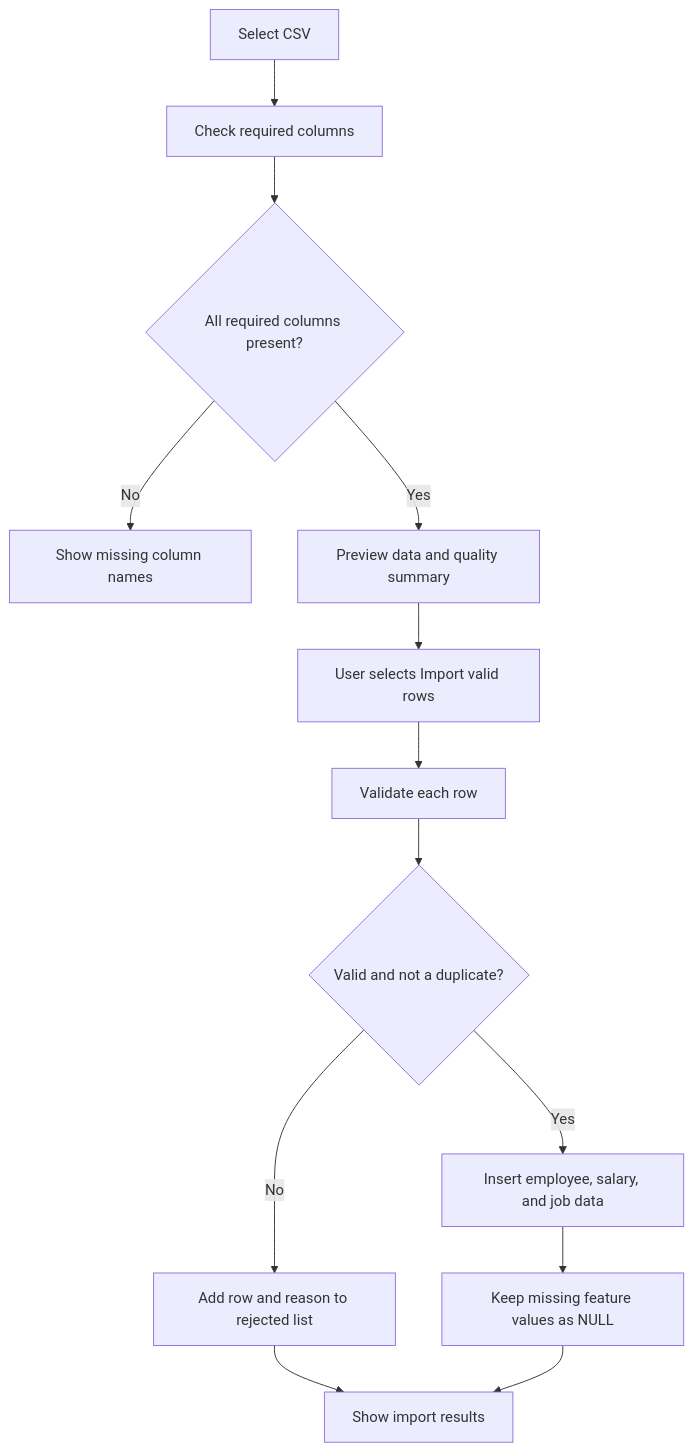
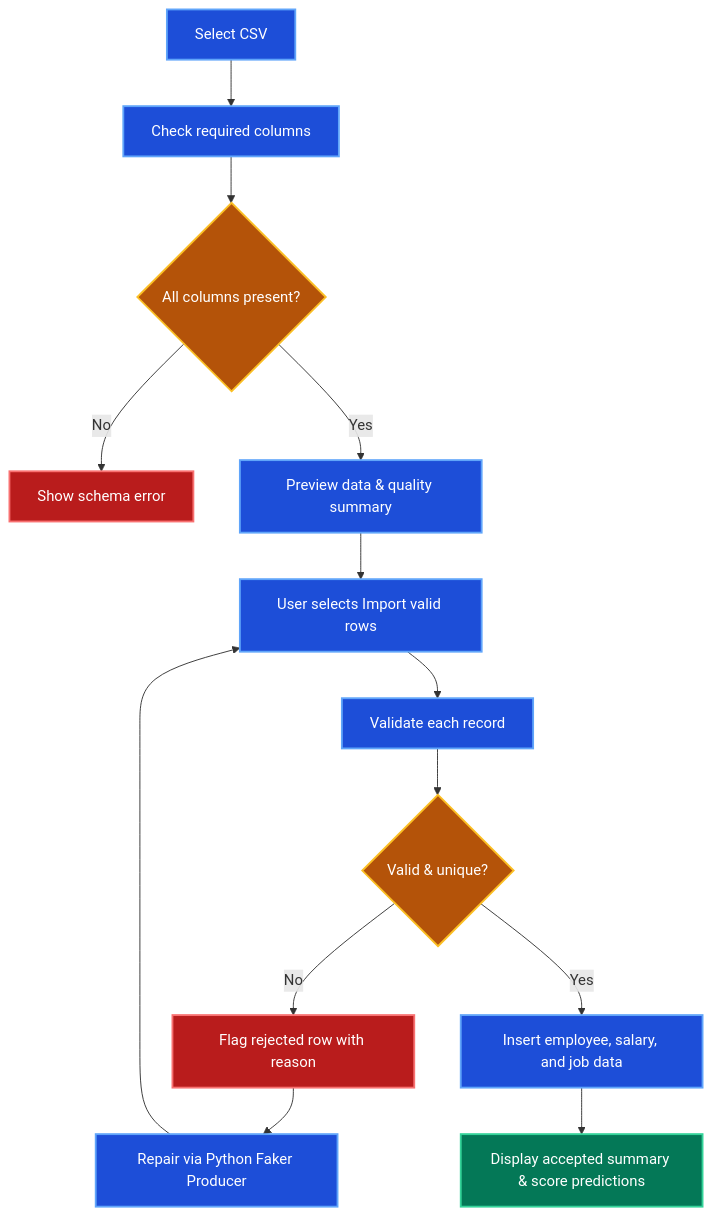
Before and after one commit to Shotza247/Employee_Full-Stack_Churn_ML: the second of 7 diagrams in README.md, drawn with Mermaid. The commit also changed other lines of this file and 1 other file, not shown here.

Commit message:
Updated implementation documentation and used IBM Bob to help with creating the architecture diagrams since it couples well with mermaid diagram creatio.

````diff
--- a/README.md
+++ b/README.md
@@ -147,15 +195,25 @@
 ```mermaid
 flowchart TD
     A["Select CSV"] --> B["Check required columns"]
-    B --> C{"All required columns present?"}
-    C -- No --> D["Show missing column names"]
-    C -- Yes --> E["Preview data and quality summary"]
+    B --> C{"All columns present?"}
+    C -- No --> D["Show schema error"]
+    C -- Yes --> E["Preview data & quality summary"]
     E --> F["User selects Import valid rows"]
-    F --> G["Validate each row"]
-    G --> H{"Valid and not a duplicate?"}
-    H -- No --> I["Add row and reason to rejected list"]
-    H -- Yes --> J["Insert employee, salary, and job data"]
-    J --> K["Keep missing feature values as NULL"]
-    I --> L["Show import results"]
-    K --> L
+    F --> G["Validate each record"]
+    G --> H{"Valid & unique?"}
+    H -- No --> I["Flag rejected row with reason"]
+    I --> J["Repair via Python Faker Producer"]
+    J --> F
+    H -- Yes --> K["Insert employee, salary, and job data"]
+    K --> L["Display accepted summary & score predictions"]
+
+    classDef actionNode fill:#1D4ED8,stroke:#60A5FA,stroke-width:2px,color:#ffffff;
+    classDef decisionNode fill:#B45309,stroke:#FBBF24,stroke-width:2px,color:#ffffff;
+    classDef errorNode fill:#B91C1C,stroke:#F87171,stroke-width:2px,color:#ffffff;
+    classDef successNode fill:#047857,stroke:#34D399,stroke-width:2px,color:#ffffff;
+
+    class A,B,E,F,G,J,K actionNode;
+    class C,H decisionNode;
+    class D,I errorNode;
+    class L successNode;
 ```
````
